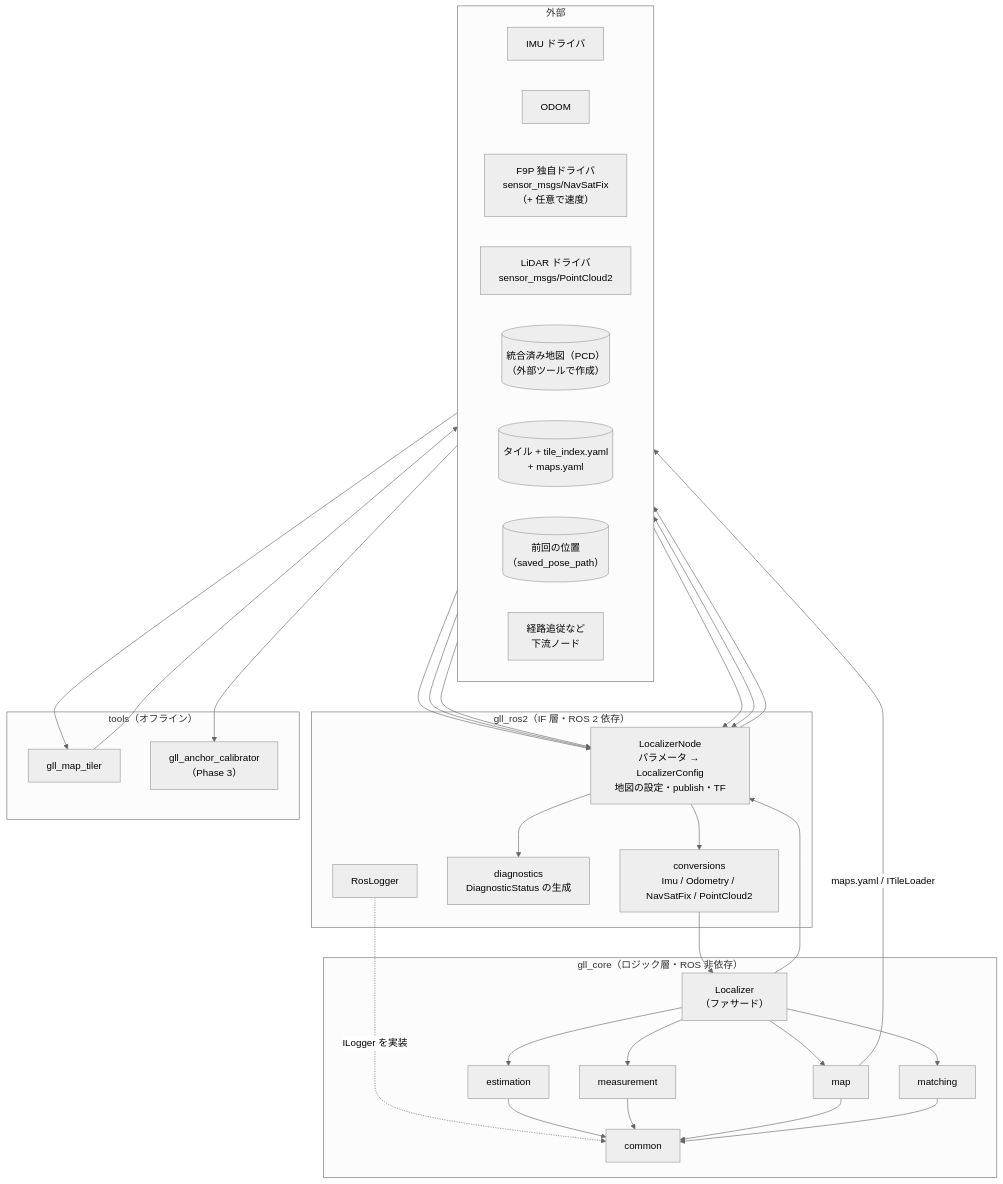
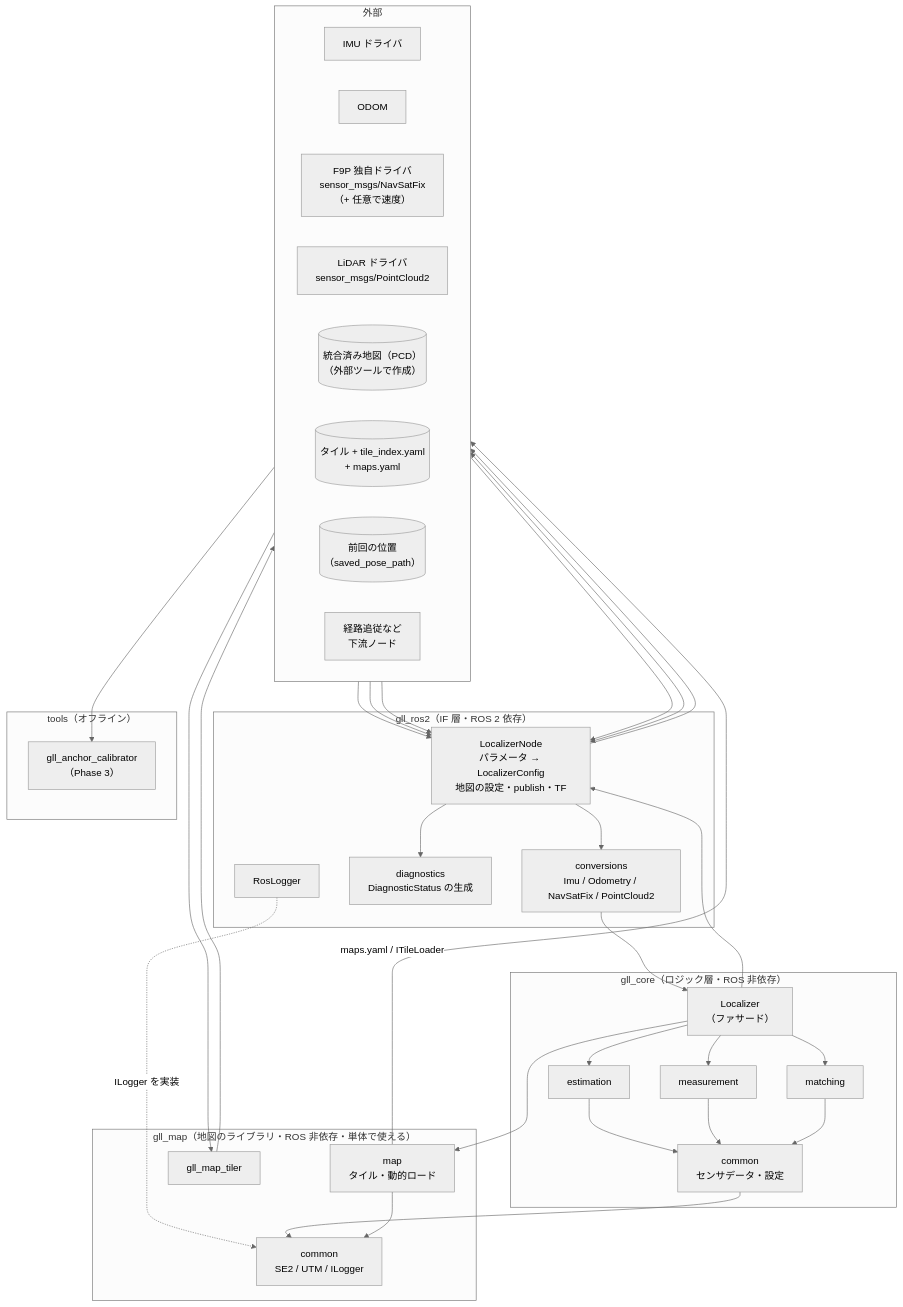
Before and after one commit to mamoru1126/gnss_and_lidar_localization: the first of 15 diagrams in docs/architecture.md, drawn with Mermaid (neutral theme). The commit also changed other lines of this file and 48 other files, not shown here.

First line of the commit message:
feat(map): 地図のタイル化と動的ロードを単体で使えるライブラリ gll_map に切り出す

````diff
--- a/docs/architecture.md
+++ b/docs/architecture.md
@@ -27,49 +27,54 @@
 ```mermaid
 flowchart TB
   subgraph EXT["外部"]
     direction LR
     DRV_IMU["IMU ドライバ"]
     DRV_ODOM["ODOM"]
     DRV_GNSS["F9P 独自ドライバ<br/>sensor_msgs/NavSatFix<br/>（+ 任意で速度）"]
     DRV_LIDAR["LiDAR ドライバ<br/>sensor_msgs/PointCloud2"]
     MAPFILES[("統合済み地図（PCD）<br/>（外部ツールで作成）")]
     TILES[("タイル + tile_index.yaml<br/>+ maps.yaml")]
     SAVED[("前回の位置<br/>（saved_pose_path）")]
     DOWN["経路追従など<br/>下流ノード"]
   end
 
   subgraph ROS2["gll_ros2（IF 層・ROS 2 依存）"]
     NODE["LocalizerNode<br/>パラメータ → LocalizerConfig<br/>地図の設定・publish・TF"]
     CONV["conversions<br/>Imu / Odometry / NavSatFix / PointCloud2"]
     DIAG["diagnostics<br/>DiagnosticStatus の生成"]
     RLOG["RosLogger"]
   end
 
   subgraph CORE["gll_core（ロジック層・ROS 非依存）"]
     FACADE["Localizer<br/>（ファサード）"]
     EST["estimation"]
     MEAS["measurement"]
-    MAPC["map"]
     MATCH["matching"]
-    COMMON["common"]
+    COMMON["common<br/>センサデータ・設定"]
+  end
+
+  subgraph GLLMAP["gll_map（地図のライブラリ・ROS 非依存・単体で使える）"]
+    MAPC["map<br/>タイル・動的ロード"]
+    BASE["common<br/>SE2 / UTM / ILogger"]
+    TILER["gll_map_tiler"]
   end
 
   subgraph TOOLS["tools（オフライン）"]
-    TILER["gll_map_tiler"]
     CALIB["gll_anchor_calibrator<br/>（Phase 3）"]
   end
 
   DRV_IMU & DRV_ODOM & DRV_GNSS & DRV_LIDAR --> NODE
   NODE --> CONV --> FACADE
   NODE --> DIAG
   NODE <--> SAVED
-  RLOG -. ILogger を実装 .-> COMMON
+  RLOG -. ILogger を実装 .-> BASE
   FACADE --> NODE --> DOWN
 
   FACADE --> EST & MEAS & MAPC & MATCH
-  EST & MEAS & MAPC & MATCH --> COMMON
+  EST & MEAS & MATCH --> COMMON
+  COMMON & MAPC --> BASE
   MAPC -- "maps.yaml / ITileLoader" --> TILES
 
   MAPFILES --> TILER --> TILES
   TILES --> CALIB
 ```
````
